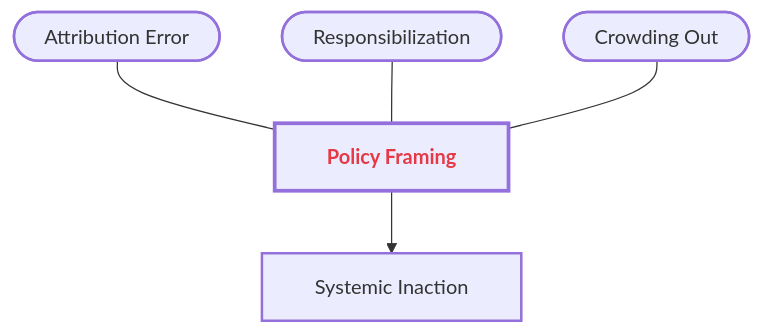
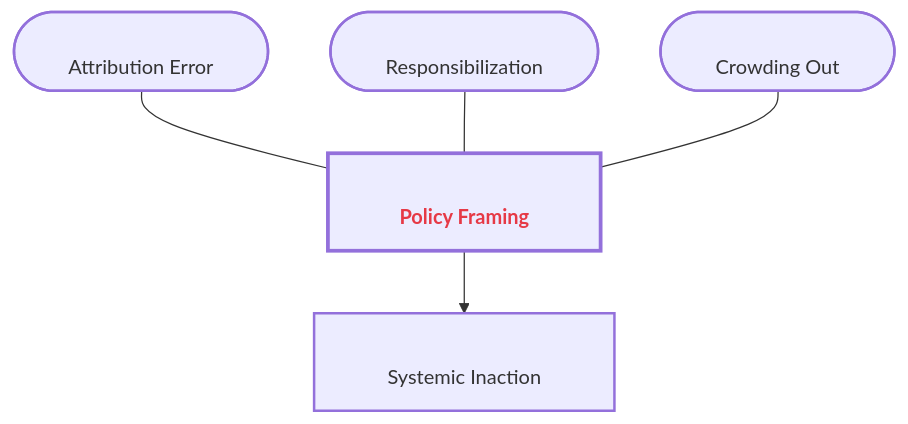
Before and after one commit to GM024/CourseSummaries: the sixth of 8 diagrams in Communication_Influence/Mastery_Guide_SOW_BS033.md, drawn with Mermaid. The commit also changed other lines of this file, not shown here.

Commit message:
GitHub-Hardened V2: 12px font and 10-space buffers for zero-clipping guarantee

````diff
--- a/Communication_Influence/Mastery_Guide_SOW_BS033.md
+++ b/Communication_Influence/Mastery_Guide_SOW_BS033.md
@@ -198,14 +198,14 @@
 ```mermaid
-%%{init: { 'flowchart': { 'padding': 20, 'nodeSpacing': 50, 'rankSpacing': 50, 'useMaxWidth': false }, 'theme': 'neutral', 'themeVariables': { 'fontSize': '14px', 'fontFamily': '-apple-system,BlinkMacSystemFont,"Segoe UI",Helvetica,Arial,sans-serif' }}}%%
+%%{init: { 'flowchart': { 'padding': 30, 'useMaxWidth': false, 'htmlLabels': true }, 'theme': 'neutral', 'themeVariables': { 'fontSize': '12px', 'fontFamily': '-apple-system,BlinkMacSystemFont,"Segoe UI",Helvetica,Arial,sans-serif' }}}%%
 graph TD
     classDef sandbox stroke-width:2px;
     classDef hub stroke-width:3px,font-weight:bold;
 
-    Hub["&nbsp;&nbsp; <span style='color:#e63946'><b>Policy Framing</b></span> &nbsp;&nbsp;"]:::hub
+    Hub["<br/>&nbsp;&nbsp;&nbsp;&nbsp;&nbsp;&nbsp; <span style='color:#e63946'><b>Policy Framing</b></span> &nbsp;&nbsp;&nbsp;&nbsp;&nbsp;&nbsp;<br/>"]:::hub
     
-    S1(["&nbsp;&nbsp; Attribution Error &nbsp;&nbsp;"]):::sandbox --- Hub
-    S2(["&nbsp;&nbsp; Responsibilization &nbsp;&nbsp;"]):::sandbox --- Hub
-    S3(["&nbsp;&nbsp; Crowding Out &nbsp;&nbsp;"]):::sandbox --- Hub
+    S1(["<br/>&nbsp;&nbsp;&nbsp;&nbsp;&nbsp;&nbsp; Attribution Error &nbsp;&nbsp;&nbsp;&nbsp;&nbsp;&nbsp;<br/>"]):::sandbox --- Hub
+    S2(["<br/>&nbsp;&nbsp;&nbsp;&nbsp;&nbsp;&nbsp; Responsibilization &nbsp;&nbsp;&nbsp;&nbsp;&nbsp;&nbsp;<br/>"]):::sandbox --- Hub
+    S3(["<br/>&nbsp;&nbsp;&nbsp;&nbsp;&nbsp;&nbsp; Crowding Out &nbsp;&nbsp;&nbsp;&nbsp;&nbsp;&nbsp;<br/>"]):::sandbox --- Hub
     
-    Hub --> B1["&nbsp;&nbsp; Systemic Inaction &nbsp;&nbsp;"]:::sandbox
+    Hub --> B1["<br/>&nbsp;&nbsp;&nbsp;&nbsp;&nbsp;&nbsp; Systemic Inaction &nbsp;&nbsp;&nbsp;&nbsp;&nbsp;&nbsp;<br/>"]:::sandbox
 ```
````
